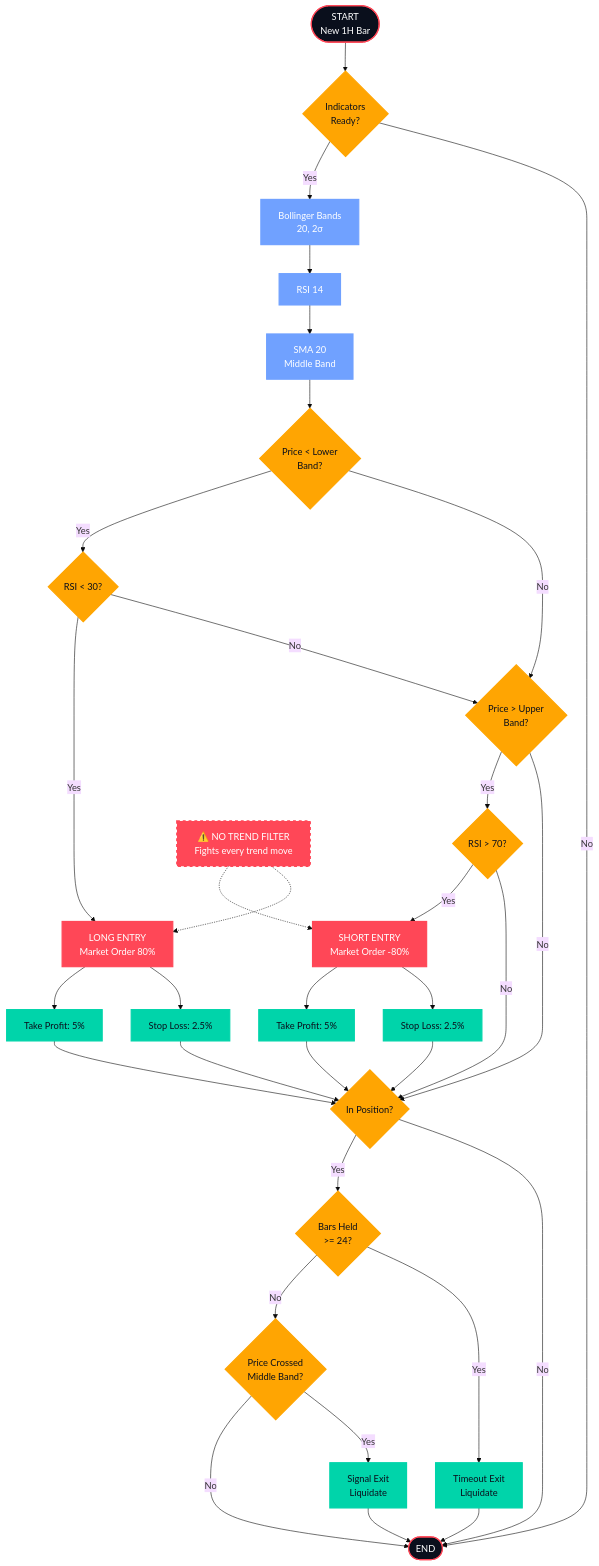
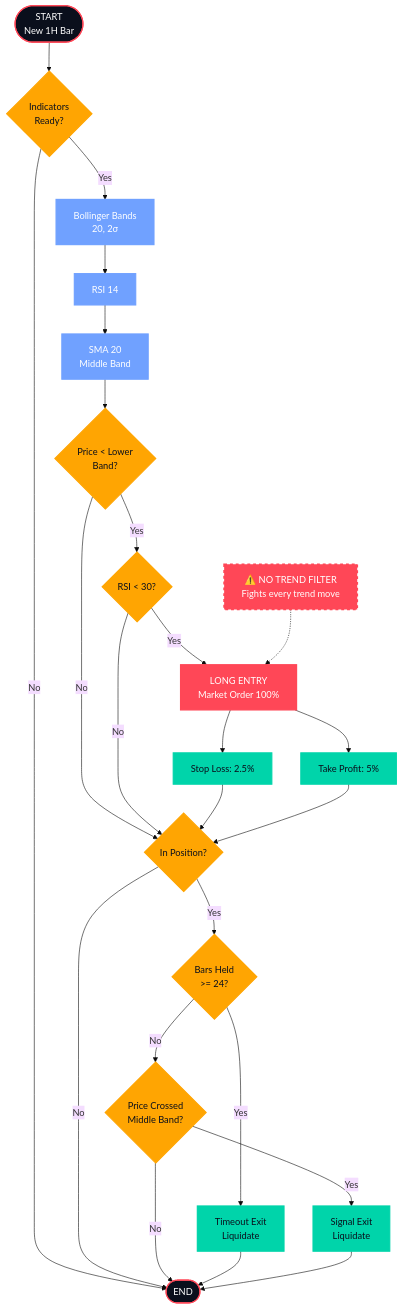
One commit to sharkdev-ai/best-and-worst-trading-strategies changed the second of 3 diagrams in 01-trend-vs-mean-reversion-backtest/README.md. Above: the diagram before and after it, drawn with Mermaid (base theme). The commit also changed other lines of this file and 4 other files, not shown here.

````diff
--- a/01-trend-vs-mean-reversion-backtest/README.md
+++ b/01-trend-vs-mean-reversion-backtest/README.md
@@ -124,77 +124,61 @@
 ```mermaid
 flowchart TD
     classDef entry fill:#FF4757,color:#FFFFFF,stroke:#FF4757,stroke-width:2px
     classDef exit fill:#00D4AA,color:#0A0F1C,stroke:#00D4AA,stroke-width:2px
     classDef decision fill:#FFA502,color:#0A0F1C,stroke:#FFA502,stroke-width:2px
     classDef process fill:#70A1FF,color:#FFFFFF,stroke:#70A1FF,stroke-width:2px
     classDef startend fill:#0A0F1C,color:#FFFFFF,stroke:#FF4757,stroke-width:2px
     classDef warning fill:#FF4757,color:#FFFFFF,stroke:#FF4757,stroke-width:3px,stroke-dasharray: 5 5
 
     START([START<br/>New 1H Bar]):::startend
     WARMUP{Indicators<br/>Ready?}:::decision
     BB[Bollinger Bands<br/>20, 2σ]:::process
     RSI[RSI 14]:::process
     SMA20[SMA 20<br/>Middle Band]:::process
 
     LONG_BB{Price < Lower<br/>Band?}:::decision
     LONG_RSI{RSI < 30?}:::decision
-    LONG_ENTRY[LONG ENTRY<br/>Market Order 80%]:::entry
-
-    SHORT_BB{Price > Upper<br/>Band?}:::decision
-    SHORT_RSI{RSI > 70?}:::decision
-    SHORT_ENTRY[SHORT ENTRY<br/>Market Order -80%]:::entry
+    LONG_ENTRY[LONG ENTRY<br/>Market Order 100%]:::entry
 
     SL_LONG[Stop Loss: 2.5%]:::exit
     TP_LONG[Take Profit: 5%]:::exit
-    SL_SHORT[Stop Loss: 2.5%]:::exit
-    TP_SHORT[Take Profit: 5%]:::exit
 
     HOLD{In Position?}:::decision
     BARS{Bars Held<br/>>= 24?}:::decision
     TIMEOUT[Timeout Exit<br/>Liquidate]:::exit
     MIDDLE_CROSS{Price Crossed<br/>Middle Band?}:::decision
     SIGNAL_EXIT[Signal Exit<br/>Liquidate]:::exit
 
     NO_TREND_FILTER[⚠️ NO TREND FILTER<br/>Fights every trend move]:::warning
 
     END([END]):::startend
 
     START --> WARMUP
     WARMUP -- No --> END
     WARMUP -- Yes --> BB
     BB --> RSI
     RSI --> SMA20
 
     SMA20 --> LONG_BB
-    LONG_BB -- No --> SHORT_BB
+    LONG_BB -- No --> HOLD
     LONG_BB -- Yes --> LONG_RSI
-    LONG_RSI -- No --> SHORT_BB
+    LONG_RSI -- No --> HOLD
     LONG_RSI -- Yes --> LONG_ENTRY
     LONG_ENTRY --> SL_LONG
     LONG_ENTRY --> TP_LONG
 
-    SHORT_BB -- No --> HOLD
-    SHORT_BB -- Yes --> SHORT_RSI
-    SHORT_RSI -- No --> HOLD
-    SHORT_RSI -- Yes --> SHORT_ENTRY
-    SHORT_ENTRY --> SL_SHORT
-    SHORT_ENTRY --> TP_SHORT
-
     SL_LONG --> HOLD
     TP_LONG --> HOLD
-    SL_SHORT --> HOLD
-    TP_SHORT --> HOLD
 
     HOLD -- No --> END
     HOLD -- Yes --> BARS
     BARS -- Yes --> TIMEOUT
     BARS -- No --> MIDDLE_CROSS
     MIDDLE_CROSS -- Yes --> SIGNAL_EXIT
     MIDDLE_CROSS -- No --> END
 
     TIMEOUT --> END
     SIGNAL_EXIT --> END
 
     NO_TREND_FILTER -.-> LONG_ENTRY
-    NO_TREND_FILTER -.-> SHORT_ENTRY
 ```
````
